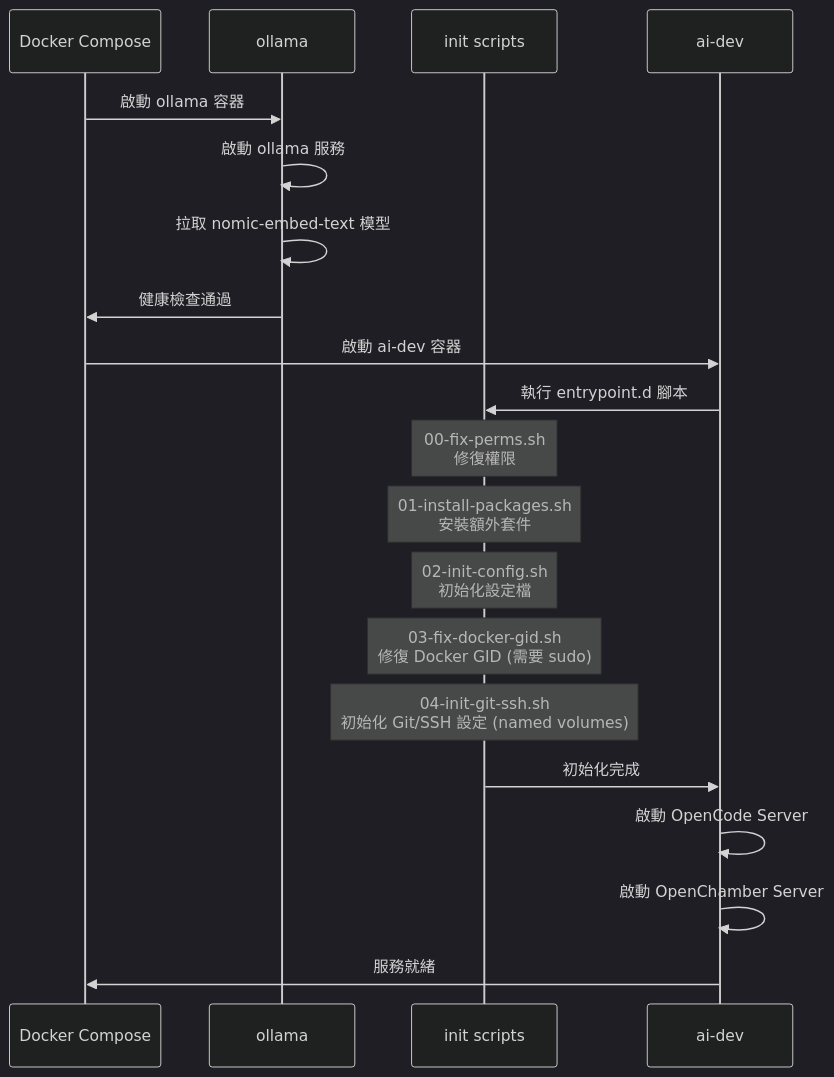
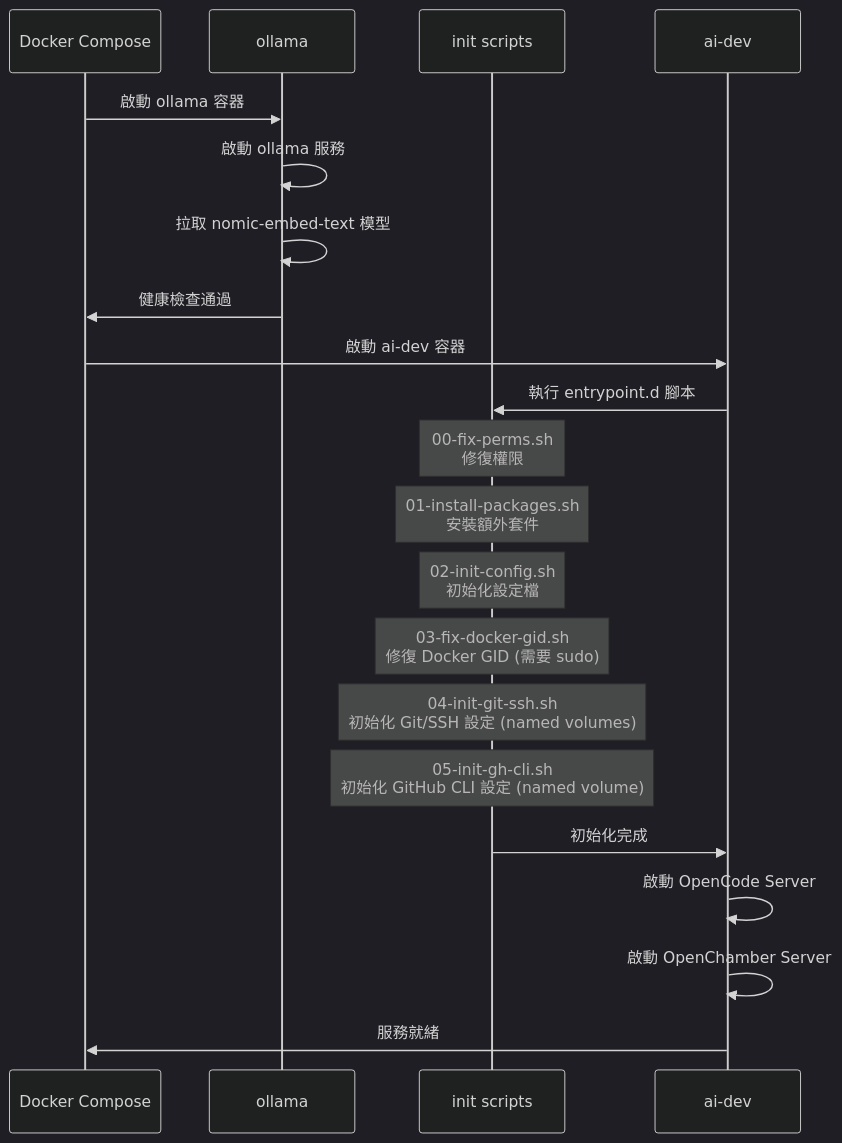
Before and after one commit to tryweb/ai-engkit: the tenth of 12 diagrams in docs/ARCHITECTURE.md, drawn with Mermaid (dark theme). The commit also changed other lines of this file and 4 other files, not shown here.

````diff
--- a/docs/ARCHITECTURE.md
+++ b/docs/ARCHITECTURE.md
@@ -352,30 +357,32 @@
 ```mermaid
 sequenceDiagram
     participant D as Docker Compose
     participant O as ollama
     participant I as init scripts
     participant A as ai-dev
 
     D->>O: 啟動 ollama 容器
     O->>O: 啟動 ollama 服務
     O->>O: 拉取 nomic-embed-text 模型
     O->>D: 健康檢查通過
     
     D->>A: 啟動 ai-dev 容器
     A->>I: 執行 entrypoint.d 腳本
     
     Note over I: 00-fix-perms.sh<br/>修復權限
     
     Note over I: 01-install-packages.sh<br/>安裝額外套件
     
     Note over I: 02-init-config.sh<br/>初始化設定檔
     
     Note over I: 03-fix-docker-gid.sh<br/>修復 Docker GID (需要 sudo)
 
     Note over I: 04-init-git-ssh.sh<br/>初始化 Git/SSH 設定 (named volumes)
     
+    Note over I: 05-init-gh-cli.sh<br/>初始化 GitHub CLI 設定 (named volume)
+    
     I->>A: 初始化完成
     A->>A: 啟動 OpenCode Server
     A->>A: 啟動 OpenChamber Server
     A->>D: 服務就緒
 ```
````
